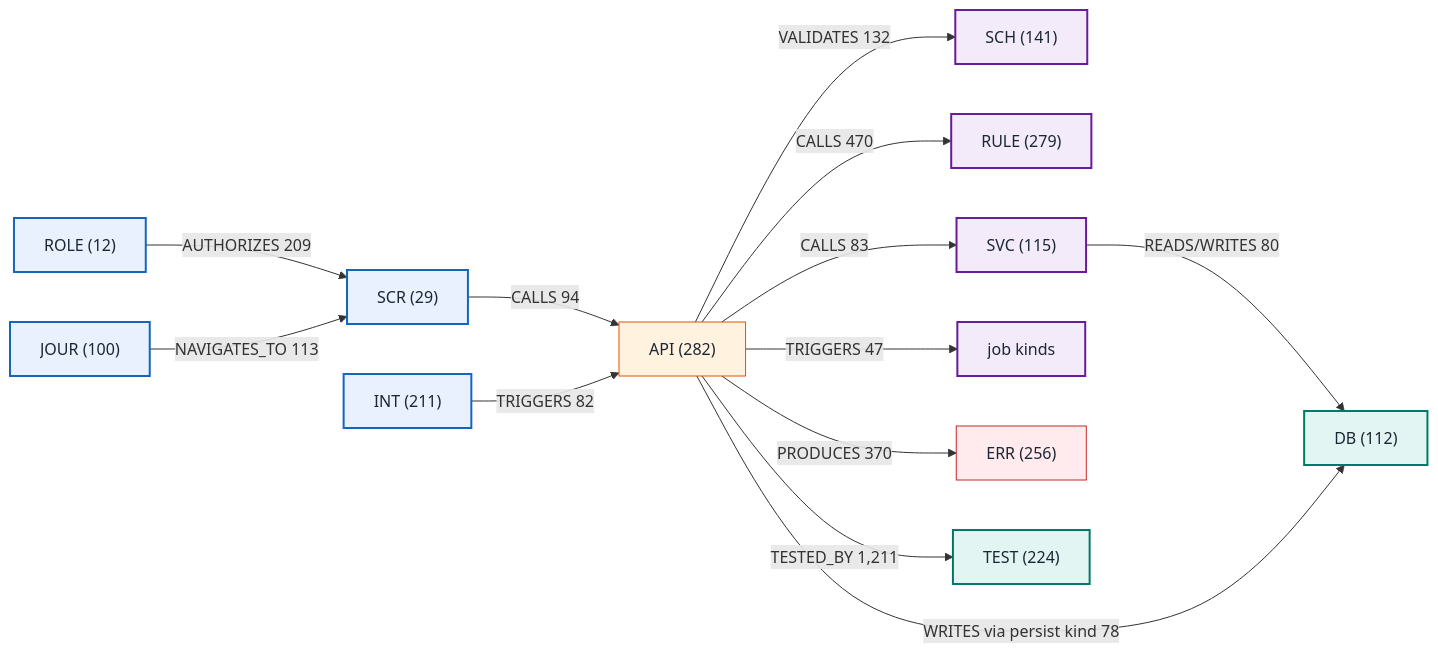
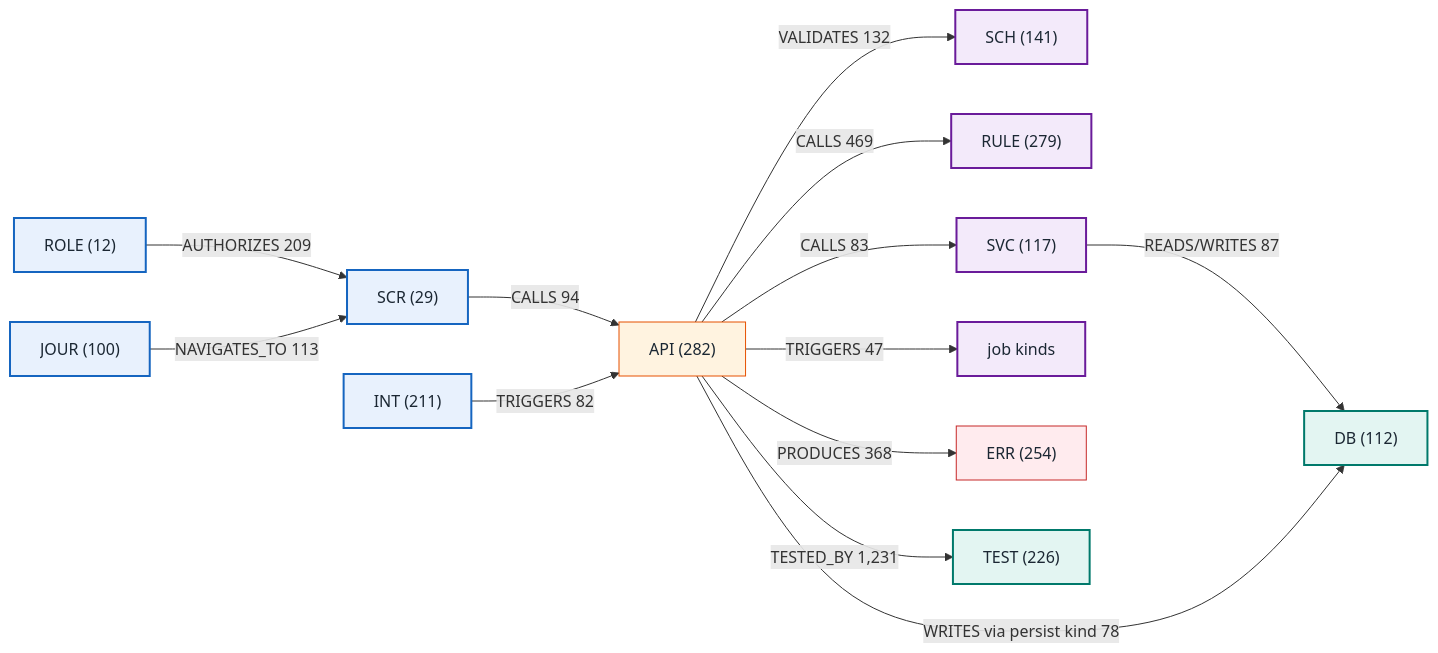
Before and after one commit to yhsomani/talentsphere-complete: the second of 22 diagrams in project-mindmap/master/MASTER_PROJECT_DIAGRAMS.md, drawn with Mermaid. The commit also changed other lines of this file and 171 other files, not shown here.

First line of the commit message:
docs(mindmap): feature catalog to nano level and graph views

````diff
--- a/project-mindmap/master/MASTER_PROJECT_DIAGRAMS.md
+++ b/project-mindmap/master/MASTER_PROJECT_DIAGRAMS.md
@@ -79,21 +79,21 @@
 ```mermaid
 flowchart LR
   R["ROLE (12)"]:::grpA -->|"AUTHORIZES 209"| S["SCR (29)"]:::grpA
   S -->|"CALLS 94"| P["API (282)"]:::api
   I["INT (211)"]:::grpA -->|"TRIGGERS 82"| P
   J["JOUR (100)"]:::grpA -->|"NAVIGATES_TO 113"| S
   P -->|"VALIDATES 132"| SC["SCH (141)"]:::grpB
-  P -->|"CALLS 470"| RU["RULE (279)"]:::grpB
-  P -->|"CALLS 83"| SV["SVC (115)"]:::grpB
+  P -->|"CALLS 469"| RU["RULE (279)"]:::grpB
+  P -->|"CALLS 83"| SV["SVC (117)"]:::grpB
   P -->|"TRIGGERS 47"| JB["job kinds"]:::grpB
-  SV -->|"READS/WRITES 80"| D["DB (112)"]:::grpC
+  SV -->|"READS/WRITES 87"| D["DB (112)"]:::grpC
   P -->|"WRITES via persist kind 78"| D
-  P -->|"PRODUCES 370"| E["ERR (256)"]:::bad
-  P -->|"TESTED_BY 1,211"| T["TEST (224)"]:::grpC
+  P -->|"PRODUCES 368"| E["ERR (254)"]:::bad
+  P -->|"TESTED_BY 1,231"| T["TEST (226)"]:::grpC
   classDef grpA fill:#e8f1fd,stroke:#1565c0,color:#1b2733,stroke-width:2px;
   classDef grpB fill:#f3eafa,stroke:#6a1b9a,color:#1b2733,stroke-width:2px;
   classDef grpC fill:#e3f5f2,stroke:#00796b,color:#1b2733,stroke-width:2px;
   classDef hub fill:#ffffff,stroke:#1b2733,stroke-width:4px,color:#1b2733;
   classDef api fill:#fff3e0,stroke:#e65100,color:#1b2733;
   classDef bad fill:#ffebee,stroke:#c62828,color:#1b2733;
 ```
````
